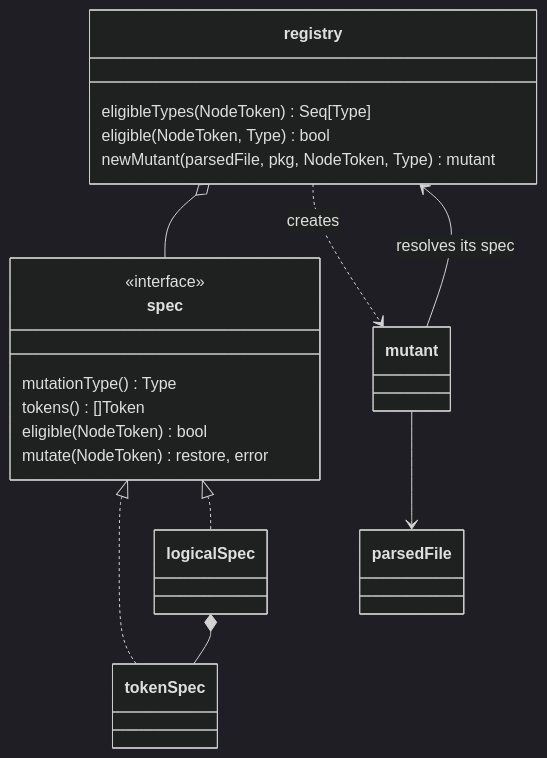
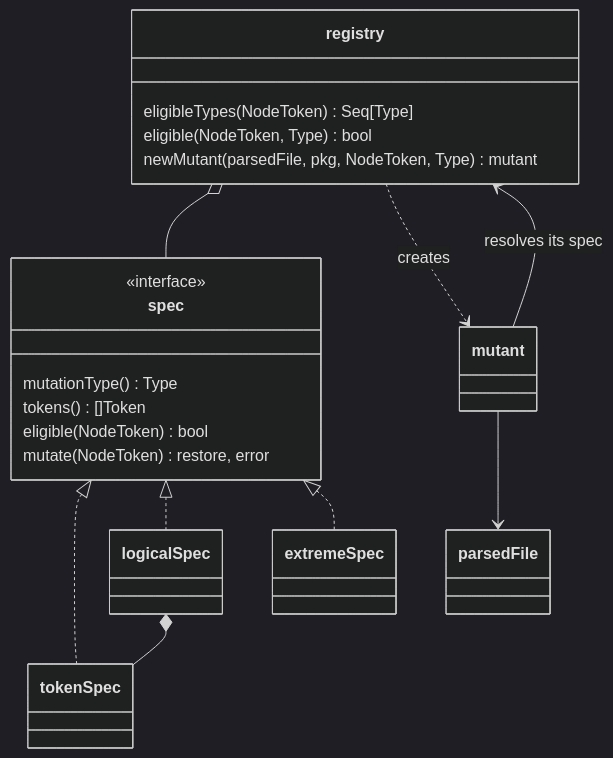
The first of 3 diagrams in docs/development/mutation-registry.md (OpenRAE/go-rae-gremlins), drawn with Mermaid (dark theme) before and after one commit. The commit also changed other lines of this file and 43 other files, not shown here.

````diff
--- a/docs/development/mutation-registry.md
+++ b/docs/development/mutation-registry.md
@@ -32,26 +36,28 @@
 ```mermaid
 classDiagram
   class spec {
     <<interface>>
     mutationType() Type
     tokens() []Token
     eligible(NodeToken) bool
     mutate(NodeToken) restore, error
   }
   class tokenSpec
   class logicalSpec
+  class extremeSpec
   class registry {
     eligibleTypes(NodeToken) Seq[Type]
     eligible(NodeToken, Type) bool
     newMutant(parsedFile, pkg, NodeToken, Type) mutant
   }
   class mutant
   class parsedFile
   spec <|.. tokenSpec
   spec <|.. logicalSpec
+  spec <|.. extremeSpec
   logicalSpec *-- tokenSpec
   registry o-- spec
   registry ..> mutant : creates
   mutant --> parsedFile
   mutant --> registry : resolves its spec
 ```
````
